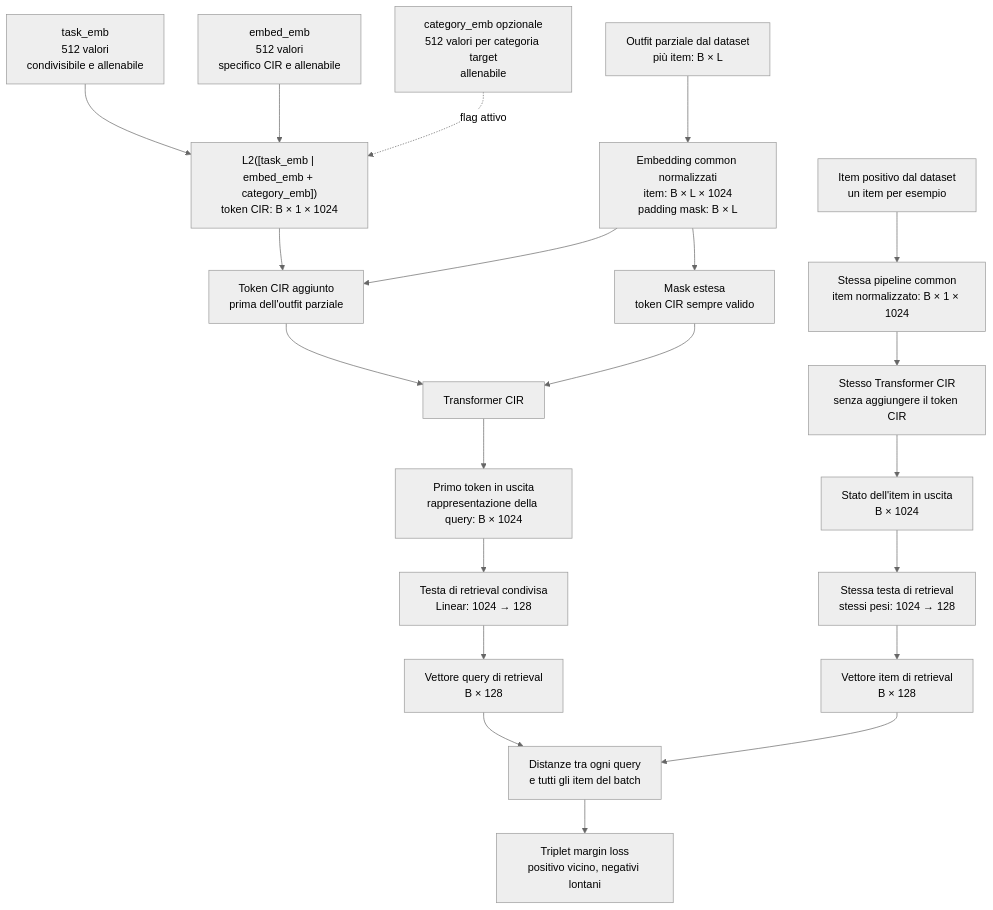
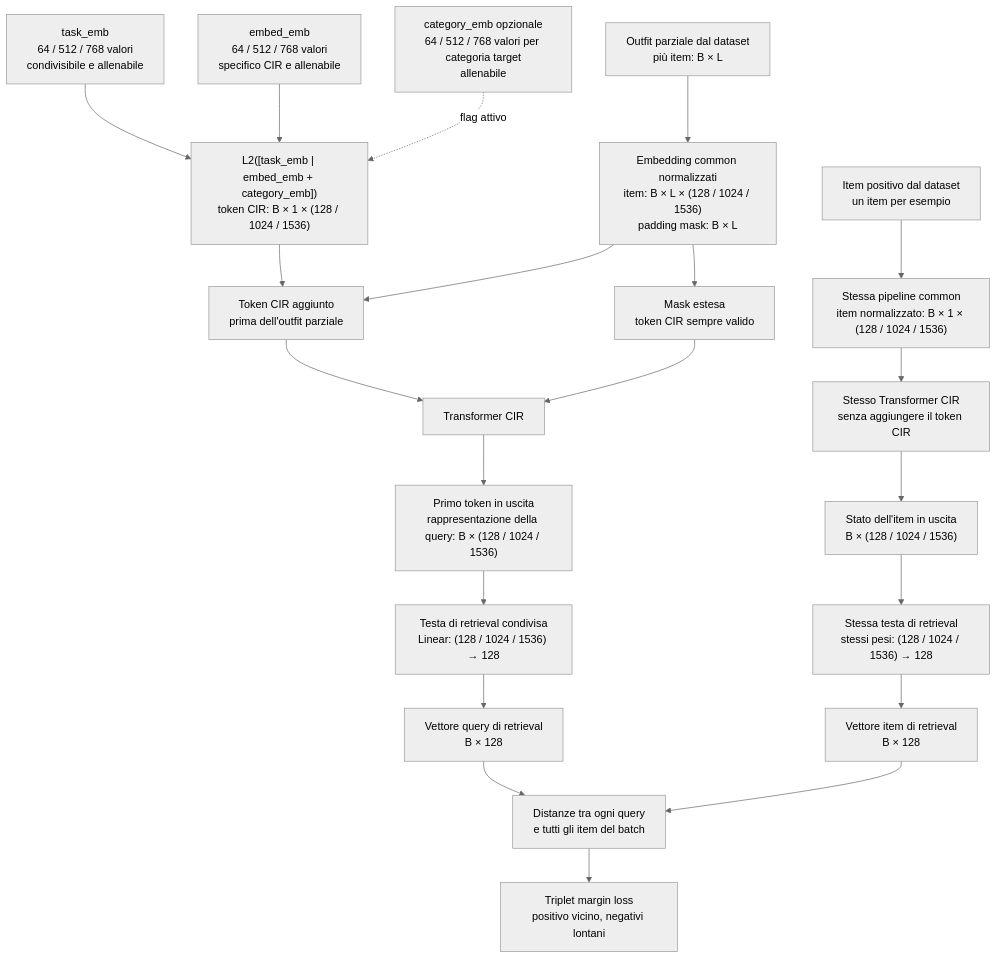
Before and after one commit to FlorindoDev/OutfitTransformer: the first of 2 diagrams in model/CIR/README.md, drawn with Mermaid (neutral theme). The commit also changed other lines of this file and 26 other files, not shown here.

````diff
--- a/model/CIR/README.md
+++ b/model/CIR/README.md
@@ -46,48 +56,48 @@
 ```mermaid
 flowchart TD
     PARTIAL["Outfit parziale dal dataset<br/>più item: B × L"]
-    COMMON_QUERY["Embedding common normalizzati<br/>item: B × L × 1024<br/>padding mask: B × L"]
-    TASK["task_emb<br/>512 valori<br/>condivisibile e allenabile"]
-    EMBED["embed_emb<br/>512 valori<br/>specifico CIR e allenabile"]
-    CATEGORY["category_emb opzionale<br/>512 valori per categoria target<br/>allenabile"]
-    TOKEN["L2([task_emb | embed_emb + category_emb])<br/>token CIR: B × 1 × 1024"]
+    COMMON_QUERY["Embedding common normalizzati<br/>item: B × L × (128 / 1024 / 1536)<br/>padding mask: B × L"]
+    TASK["task_emb<br/>64 / 512 / 768 valori<br/>condivisibile e allenabile"]
+    EMBED["embed_emb<br/>64 / 512 / 768 valori<br/>specifico CIR e allenabile"]
+    CATEGORY["category_emb opzionale<br/>64 / 512 / 768 valori per categoria target<br/>allenabile"]
+    TOKEN["L2([task_emb | embed_emb + category_emb])<br/>token CIR: B × 1 × (128 / 1024 / 1536)"]
     PREPEND["Token CIR aggiunto<br/>prima dell'outfit parziale"]
     MASK["Mask estesa<br/>token CIR sempre valido"]
     QUERY_TRANSFORMER["Transformer CIR"]
-    QUERY_STATE["Primo token in uscita<br/>rappresentazione della query: B × 1024"]
-    QUERY_HEAD["Testa di retrieval condivisa<br/>Linear: 1024 → 128"]
+    QUERY_STATE["Primo token in uscita<br/>rappresentazione della query: B × (128 / 1024 / 1536)"]
+    QUERY_HEAD["Testa di retrieval condivisa<br/>Linear: (128 / 1024 / 1536) → 128"]
     QUERY_VECTOR["Vettore query di retrieval<br/>B × 128"]
 
     POSITIVE["Item positivo dal dataset<br/>un item per esempio"]
-    COMMON_ITEM["Stessa pipeline common<br/>item normalizzato: B × 1 × 1024"]
+    COMMON_ITEM["Stessa pipeline common<br/>item normalizzato: B × 1 × (128 / 1024 / 1536)"]
     ITEM_TRANSFORMER["Stesso Transformer CIR<br/>senza aggiungere il token CIR"]
-    ITEM_STATE["Stato dell'item in uscita<br/>B × 1024"]
-    ITEM_HEAD["Stessa testa di retrieval<br/>stessi pesi: 1024 → 128"]
+    ITEM_STATE["Stato dell'item in uscita<br/>B × (128 / 1024 / 1536)"]
+    ITEM_HEAD["Stessa testa di retrieval<br/>stessi pesi: (128 / 1024 / 1536) → 128"]
     ITEM_VECTOR["Vettore item di retrieval<br/>B × 128"]
 
     DISTANCE["Distanze tra ogni query<br/>e tutti gli item del batch"]
     LOSS["Triplet margin loss<br/>positivo vicino, negativi lontani"]
 
     PARTIAL --> COMMON_QUERY
     TASK --> TOKEN
     EMBED --> TOKEN
     CATEGORY -. flag attivo .-> TOKEN
     TOKEN --> PREPEND
     COMMON_QUERY --> PREPEND
     COMMON_QUERY --> MASK
     PREPEND --> QUERY_TRANSFORMER
     MASK --> QUERY_TRANSFORMER
     QUERY_TRANSFORMER --> QUERY_STATE
     QUERY_STATE --> QUERY_HEAD
     QUERY_HEAD --> QUERY_VECTOR
 
     POSITIVE --> COMMON_ITEM
     COMMON_ITEM --> ITEM_TRANSFORMER
     ITEM_TRANSFORMER --> ITEM_STATE
     ITEM_STATE --> ITEM_HEAD
     ITEM_HEAD --> ITEM_VECTOR
 
     QUERY_VECTOR --> DISTANCE
     ITEM_VECTOR --> DISTANCE
     DISTANCE --> LOSS
 ```
````
